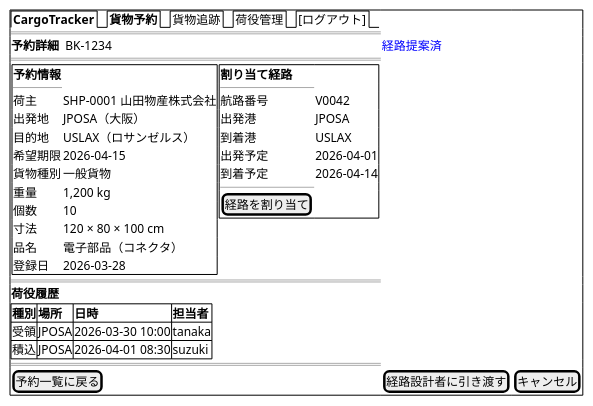
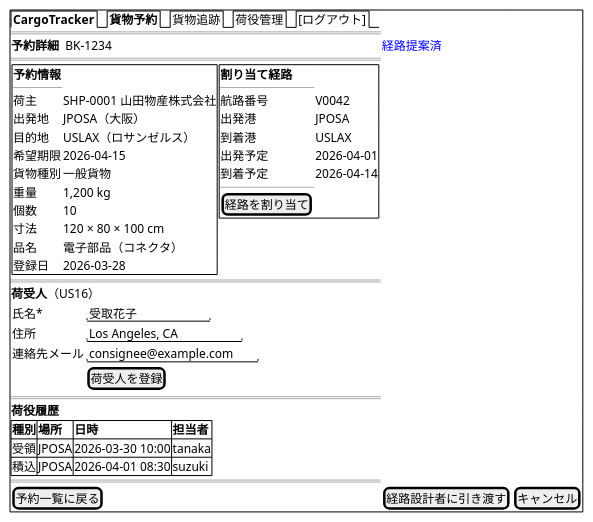
Before and after one commit to k2works/case-study-cargo-tracker: diagram 11 of 27 in docs/design/ui_design.md, drawn with PlantUML. The commit also changed other lines of this file and 8 other files, not shown here.

````diff
--- a/docs/design/ui_design.md
+++ b/docs/design/ui_design.md
@@ -862,46 +862,54 @@
 ```plantuml
 @startsalt
 {+
   {/ <b>CargoTracker</b> | <b>貨物予約</b> | 貨物追跡 | 荷役管理 | [ログアウト] }
   ==
   <b>予約詳細</b>  BK-1234  |  <color:blue>経路提案済</color>
   ==
   {
     {+
       <b>予約情報</b>
       ----
       荷主       | SHP-0001 山田物産株式会社
       出発地     | JPOSA（大阪）
       目的地     | USLAX（ロサンゼルス）
       希望期限   | 2026-04-15
       貨物種別   | 一般貨物
       重量       | 1,200 kg
       個数       | 10
       寸法       | 120 × 80 × 100 cm
       品名       | 電子部品（コネクタ）
       登録日     | 2026-03-28
     } |
     {+
       <b>割り当て経路</b>
       ----
       航路番号   | V0042
       出発港     | JPOSA
       到着港     | USLAX
       出発予定   | 2026-04-01
       到着予定   | 2026-04-14
       ----
       [経路を割り当て]
     }
   }
   ==
+  <b>荷受人</b>（US16）
+  {
+    氏名*        | "受取花子           "
+    住所         | "Los Angeles, CA    "
+    連絡先メール | "consignee@example.com"
+    .            | [荷受人を登録]
+  }
+  ==
   <b>荷役履歴</b>
   {#
     **種別** | **場所** | **日時** | **担当者**
     受領     | JPOSA    | 2026-03-30 10:00 | tanaka
     積込     | JPOSA    | 2026-04-01 08:30 | suzuki
   }
   ==
   [予約一覧に戻る] | [経路設計者に引き渡す] | [キャンセル]
 }
 @endsalt
 ```
````
